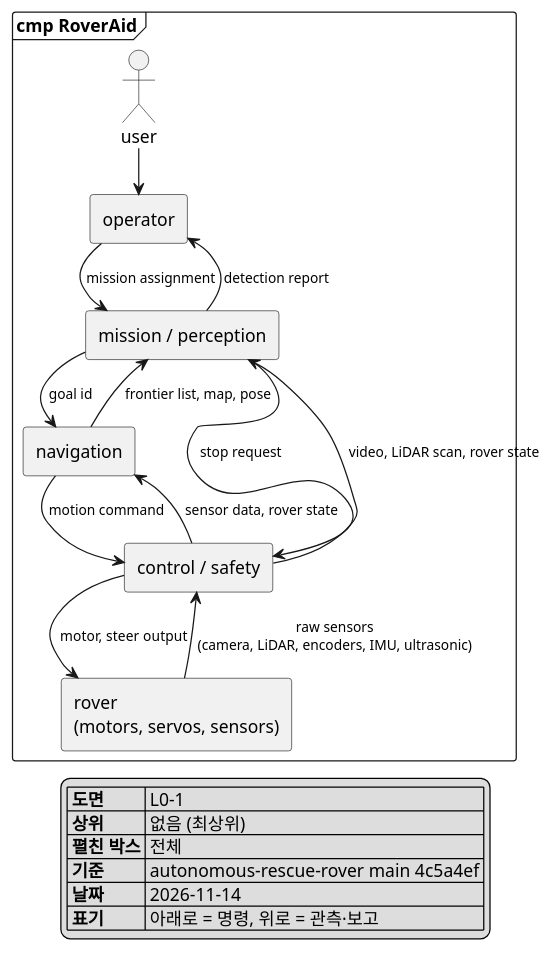
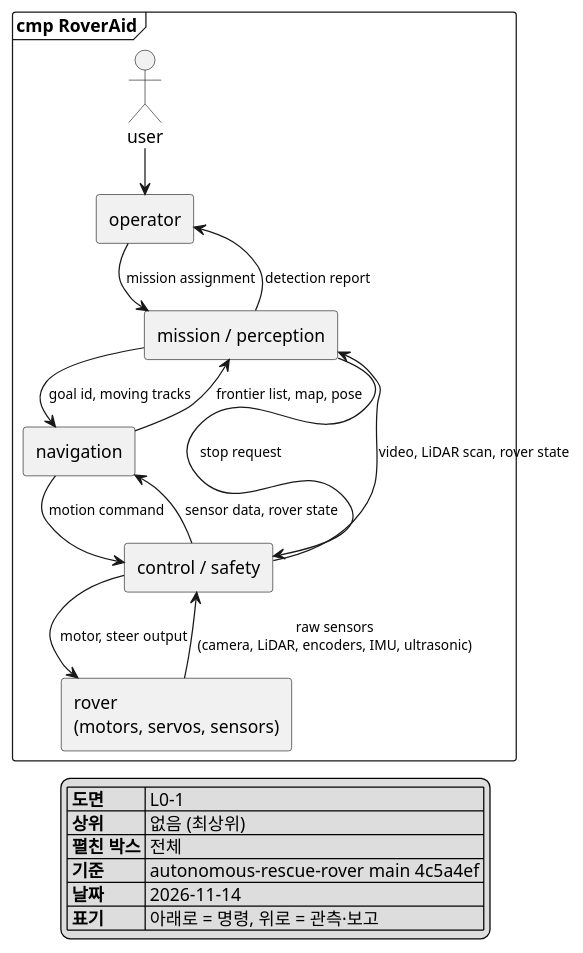
Before and after one commit to Ruysong/autonomous-rescue-rover: the diagram in docs/architecture/L0-1_system.puml, drawn with PlantUML. The commit also changed 6 other files, not shown here.

```diff
--- a/docs/architecture/L0-1_system.puml
+++ b/docs/architecture/L0-1_system.puml
@@ -1,42 +1,42 @@
 @startuml L0-1_system
 !pragma layout smetana
 skinparam monochrome true
 skinparam shadowing false
 skinparam defaultFontName "Malgun Gothic"
 skinparam componentStyle rectangle
 skinparam ArrowFontSize 11
 top to bottom direction
 
 frame "cmp RoverAid" {
   actor "user" as USER
   component "operator" as OPERATOR
   component "mission / perception" as MISSION
   component "navigation" as NAV
   component "control / safety" as CONTROL
   rectangle "rover\n(motors, servos, sensors)" as ROVER
 
   USER --> OPERATOR
   OPERATOR --> MISSION : mission assignment
   MISSION -up-> OPERATOR : detection report
 
-  MISSION --> NAV : goal id
+  MISSION --> NAV : goal id, moving tracks
   NAV -up-> MISSION : frontier list, map, pose
 
   NAV --> CONTROL : motion command
   MISSION --> CONTROL : stop request
   CONTROL -up-> NAV : sensor data, rover state
   CONTROL -up-> MISSION : video, LiDAR scan, rover state
 
   CONTROL --> ROVER : motor, steer output
   ROVER -up-> CONTROL : raw sensors\n(camera, LiDAR, encoders, IMU, ultrasonic)
 }
 
 legend bottom right
   |= 도면 | L0-1 |
   |= 상위 | 없음 (최상위) |
   |= 펼친 박스 | 전체 |
   |= 기준 | autonomous-rescue-rover main 4c5a4ef |
   |= 날짜 | 2026-11-14 |
   |= 표기 | 아래로 = 명령, 위로 = 관측·보고 |
 endlegend
 @enduml
```
